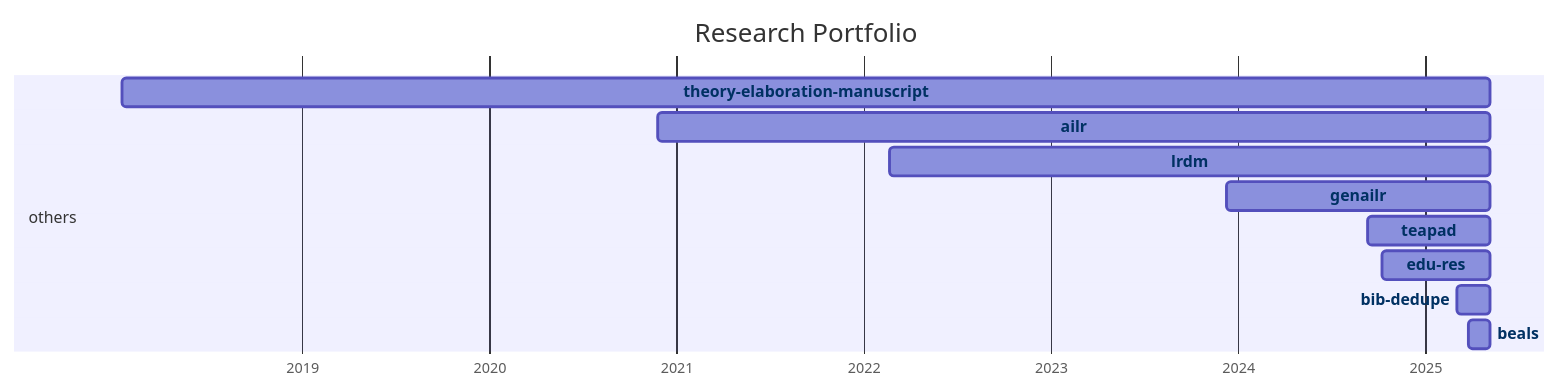
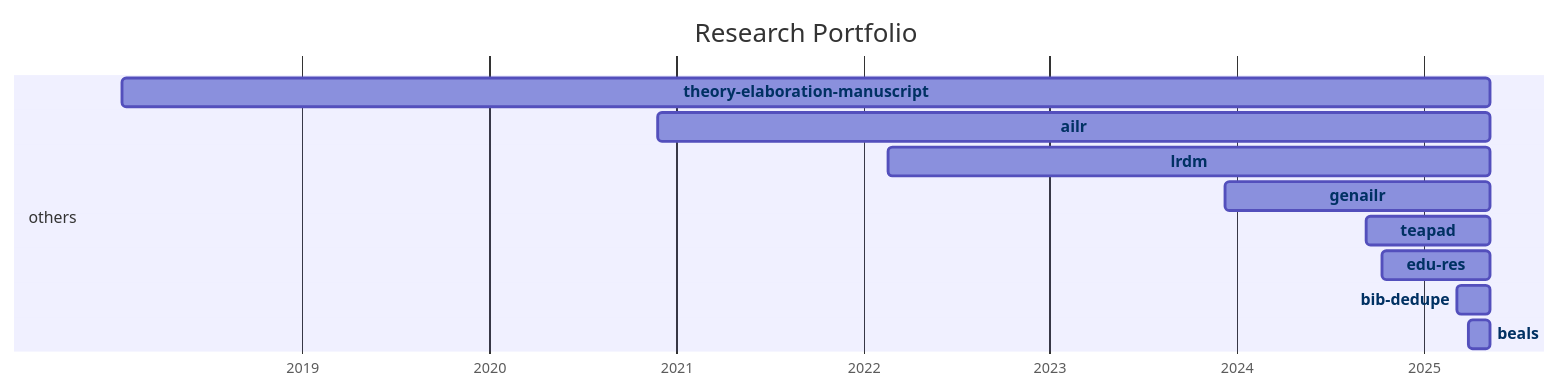
Before and after one commit to digital-work-lab/handbook: the diagram in docs/20-research/25-projects-gantt.md, drawn with Mermaid. The commit also changed 1 other file, not shown here.

Commit message:
Update repository overview

````diff
--- a/docs/20-research/25-projects-gantt.md
+++ b/docs/20-research/25-projects-gantt.md
@@ -8,35 +8,35 @@
 ```mermaid
 ---
 displayMode: compact
 ---
 gantt
 title Research Portfolio
 dateFormat YYYY-MM-DD
 axisFormat %Y
 
     section work_practices
 
     section distributed_organizing
 
     section knowledge_synthesis
 
     section others
-        beals :beals, 2025-03-28, 2025-05-08
-        bib-dedupe :bib-dedupe, 2025-03-04, 2025-05-08
-        edu-res :edu-res, 2024-10-10, 2025-05-08
-        teapad :teapad, 2024-09-10, 2025-05-08
-        genailr :genailr, 2023-12-10, 2025-05-08
-        lrdm :lrdm, 2022-02-20, 2025-05-08
-        ailr :ailr, 2020-11-26, 2025-05-08
-        theory-elaboration-manuscript :theory-elaboration-manuscript, 2018-01-15, 2025-05-08
+        beals :beals, 2025-03-28, 2025-05-09
+        bib-dedupe :bib-dedupe, 2025-03-04, 2025-05-09
+        edu-res :edu-res, 2024-10-10, 2025-05-09
+        teapad :teapad, 2024-09-10, 2025-05-09
+        genailr :genailr, 2023-12-10, 2025-05-09
+        lrdm :lrdm, 2022-02-20, 2025-05-09
+        ailr :ailr, 2020-11-26, 2025-05-09
+        theory-elaboration-manuscript :theory-elaboration-manuscript, 2018-01-15, 2025-05-09
 
 
     click beals href "{{ site.baseurl }}/docs/20-research/25-projects/_repos/beals"
     click bib-dedupe href "{{ site.baseurl }}/docs/20-research/25-projects/_repos/bib-dedupe"
     click edu-res href "{{ site.baseurl }}/docs/20-research/25-projects/_repos/edu-res"
     click teapad href "{{ site.baseurl }}/docs/20-research/25-projects/_repos/teapad"
     click genailr href "{{ site.baseurl }}/docs/20-research/25-projects/_repos/genailr"
     click lrdm href "{{ site.baseurl }}/docs/20-research/25-projects/_repos/lrdm"
     click ailr href "{{ site.baseurl }}/docs/20-research/25-projects/_repos/ailr"
     click theory-elaboration-manuscript href "{{ site.baseurl }}/docs/20-research/25-projects/_repos/theory-elaboration-manuscript"
 ```
````
